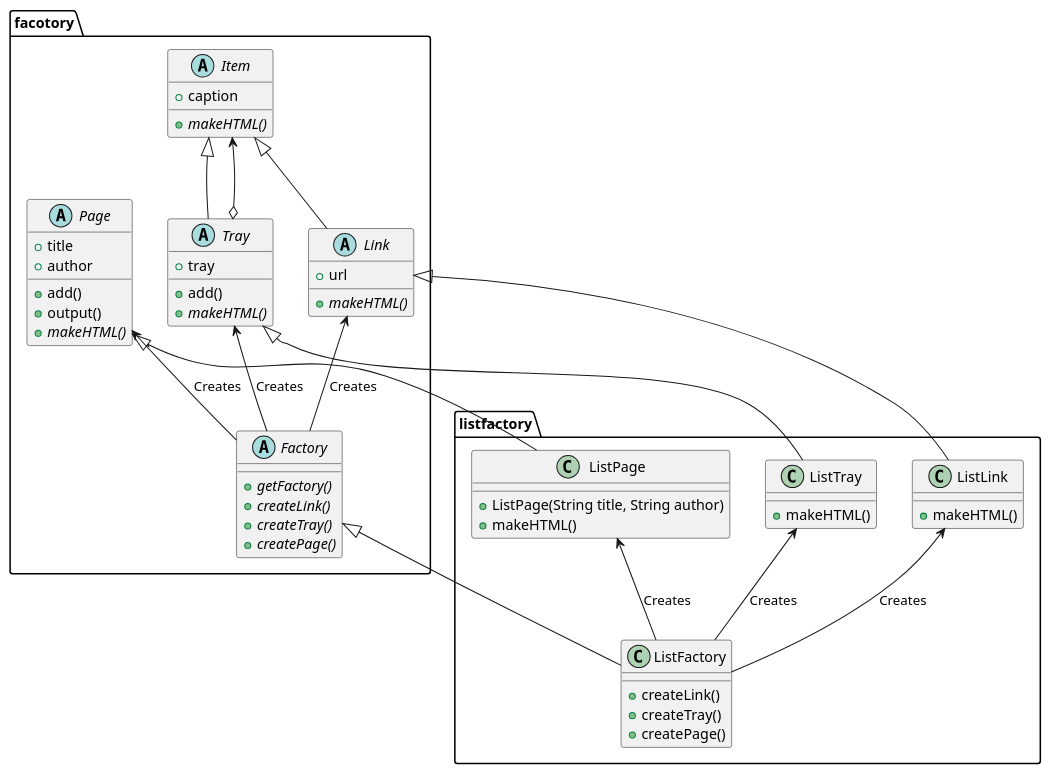
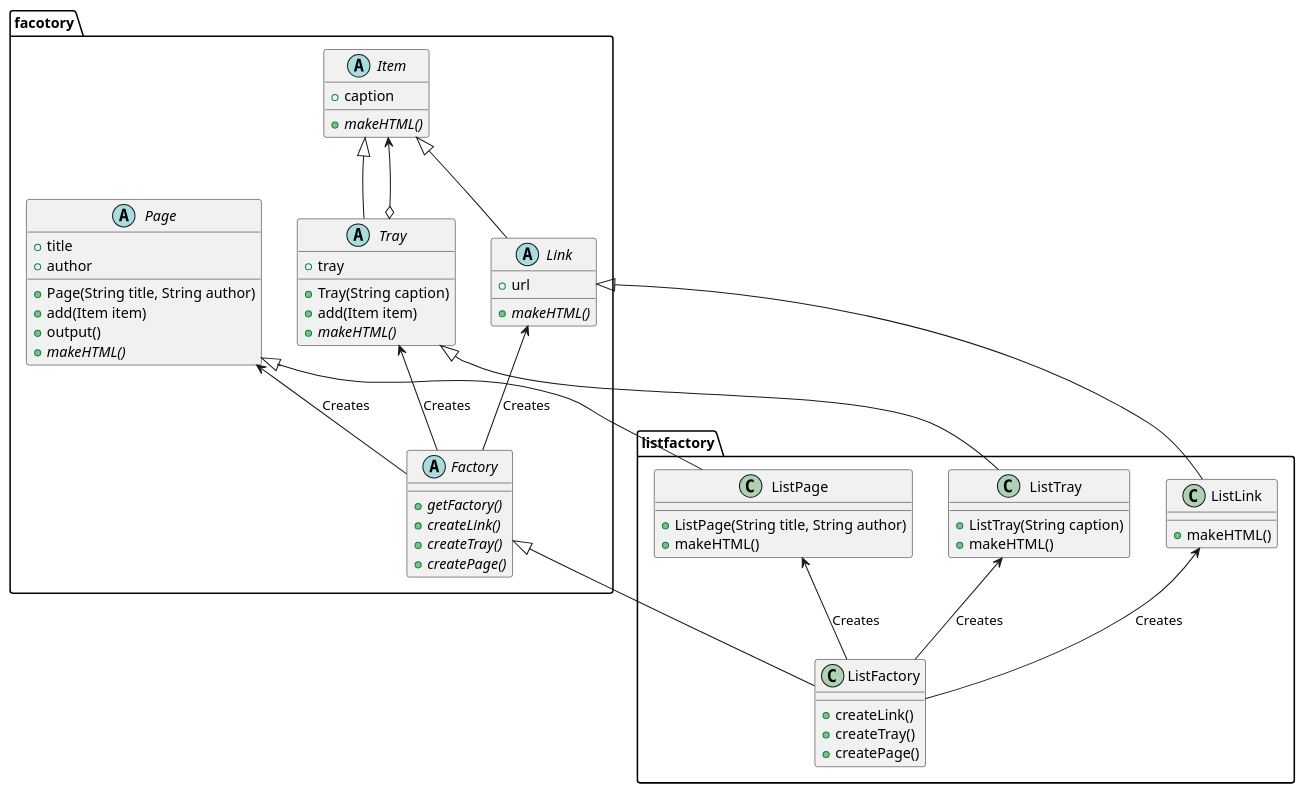
The diagram in AbstractFactory/README.md (ku2ma2/design_pattern), drawn with PlantUML before and after one commit. The commit also changed 4 other files, not shown here.

First line of the commit message:
Add ListTray and Test

````diff
--- a/AbstractFactory/README.md
+++ b/AbstractFactory/README.md
@@ -4,69 +4,72 @@
 ```uml
 @startuml
 
 package facotory {
     abstract Item {
         +caption
         {abstract} +makeHTML()
     }
     abstract Link {
         +url
         {abstract} +makeHTML()
     }
     abstract Tray {
         +tray
-        +add()
+        +Tray(String caption)
+        +add(Item item)
         {abstract} +makeHTML()
     }
     abstract Page {
         +title
         +author
-        +add()
+        +Page(String title, String author)
+        +add(Item item)
         +output()
         {abstract} +makeHTML()
     }
     abstract Factory {
         {abstract} +getFactory()
         {abstract} +createLink()
         {abstract} +createTray()
         {abstract} +createPage()
     }
 }
 
 package listfactory {
 
     class ListLink {
         +makeHTML()
     }
     class ListTray {
+        +ListTray(String caption)
         +makeHTML()
     }
     class ListPage {
         +ListPage(String title, String author)
         +makeHTML()
     }
     class ListFactory {
         +createLink()
         +createTray()
         +createPage()
     }
 }
 
 
 Link -up-|> Item
 Tray -up-|> Item
 Tray o-up-> Item
 Factory -up-> Link: Creates
 Factory -up-> Tray: Creates
 Factory -up-> Page: Creates
 
 ListFactory -up-> ListLink: Creates
 ListFactory -up-> ListTray: Creates
 ListFactory -up-> ListPage: Creates
 ListFactory -up-|> Factory
 ListLink -up-|> Link
 ListTray -up-|> Tray
 ListPage -up-|> Page
 
 @enduml
 ```
````
